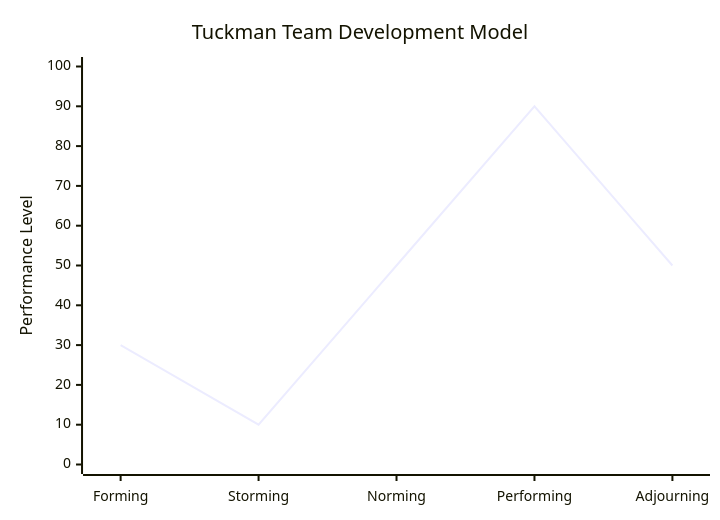
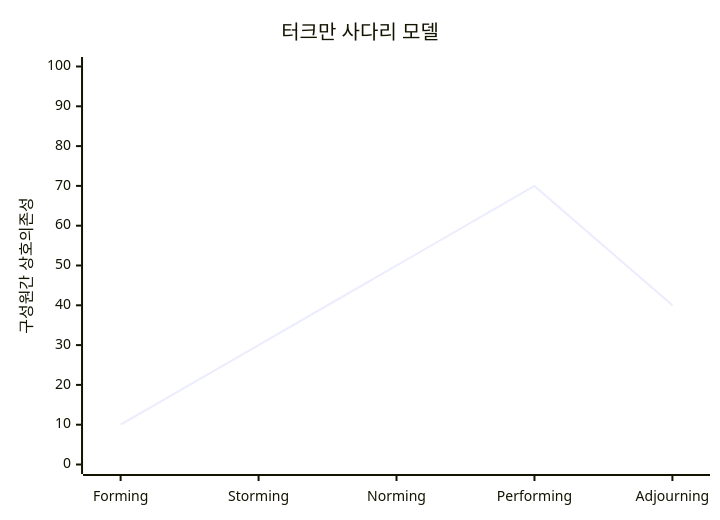
Before and after one commit to gracefullight/gracefullight.github.io: the diagram in blog/pe/pm/tuckman-ladder-model.md, drawn with Mermaid.

Commit message:
docs(pe): 📚️ tuckman

````diff
--- a/blog/pe/pm/tuckman-ladder-model.md
+++ b/blog/pe/pm/tuckman-ladder-model.md
@@ -21,7 +21,7 @@
 ```mermaid
 xychart-beta
-  title "Tuckman Team Development Model"
+  title "터크만 사다리 모델"
   x-axis ["Forming", "Storming", "Norming", "Performing", "Adjourning"]
-  y-axis "Performance Level" 0 --> 100
-  line [30, 10, 50, 90, 50]
+  y-axis "구성원간 상호의존성" 0 --> 100
+  line [10, 30, 50, 70, 40]
 ```
````
